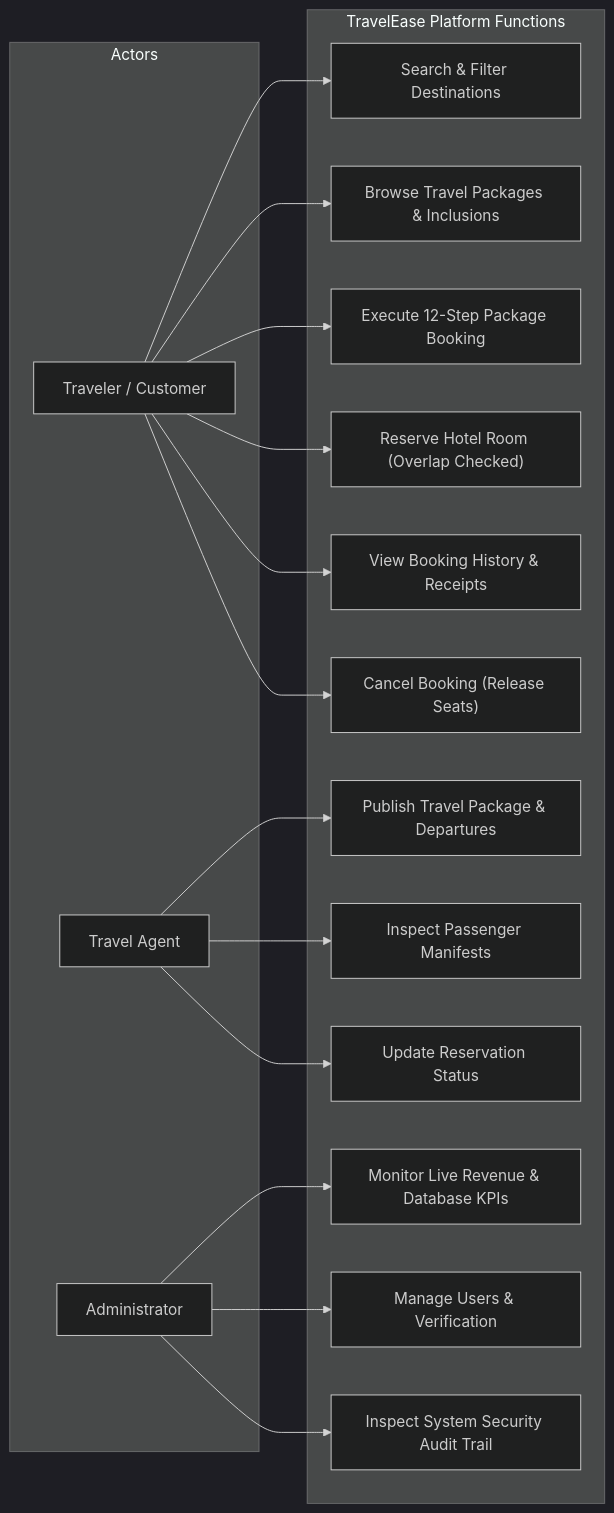
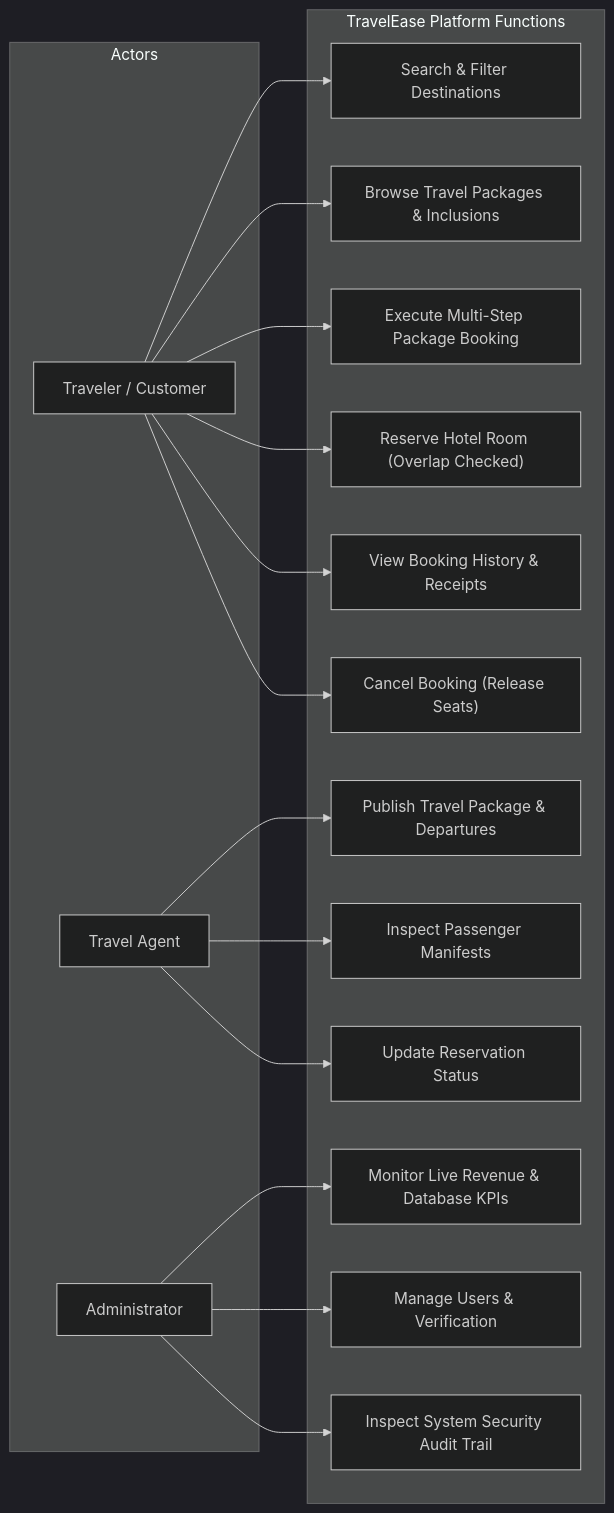
Before and after one commit to Alaa-Eriby/TravelEase: the second of 5 diagrams in README.md, drawn with Mermaid (dark theme). The commit also changed other lines of this file, not shown here.

Commit message:
Enhance README with UI showcase, UML diagrams, and structured documentation

````diff
--- a/README.md
+++ b/README.md
@@ -64,38 +138,38 @@
 ```mermaid
 flowchart LR
     subgraph Actors
         T["Traveler / Customer"]
         A["Travel Agent"]
         ADM["Administrator"]
     end
 
     subgraph SystemUseCases ["TravelEase Platform Functions"]
         UC1["Search & Filter Destinations"]
         UC2["Browse Travel Packages & Inclusions"]
-        UC3["Execute 12-Step Package Booking"]
+        UC3["Execute Multi-Step Package Booking"]
         UC4["Reserve Hotel Room (Overlap Checked)"]
         UC5["View Booking History & Receipts"]
         UC6["Cancel Booking (Release Seats)"]
         UC7["Publish Travel Package & Departures"]
         UC8["Inspect Passenger Manifests"]
         UC9["Update Reservation Status"]
         UC10["Monitor Live Revenue & Database KPIs"]
         UC11["Manage Users & Verification"]
         UC12["Inspect System Security Audit Trail"]
     end
 
     T --> UC1
     T --> UC2
     T --> UC3
     T --> UC4
     T --> UC5
     T --> UC6
 
     A --> UC7
     A --> UC8
     A --> UC9
 
     ADM --> UC10
     ADM --> UC11
     ADM --> UC12
 ```
````
